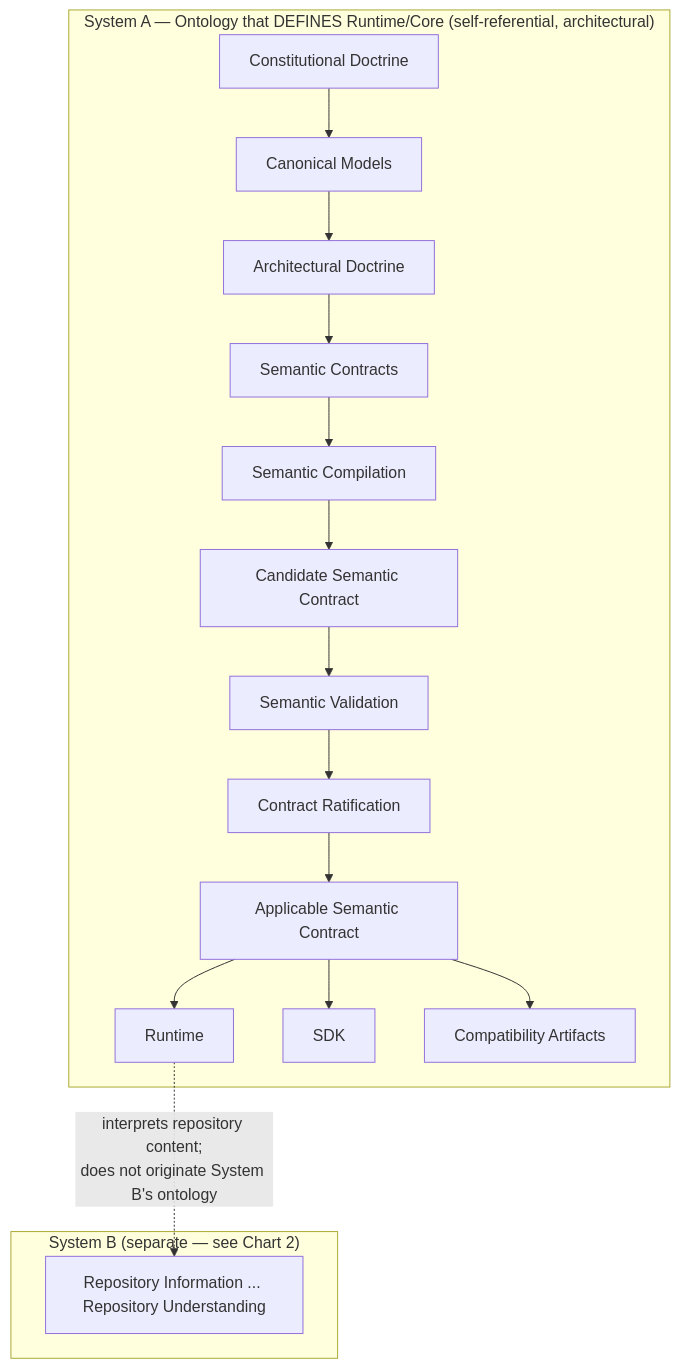
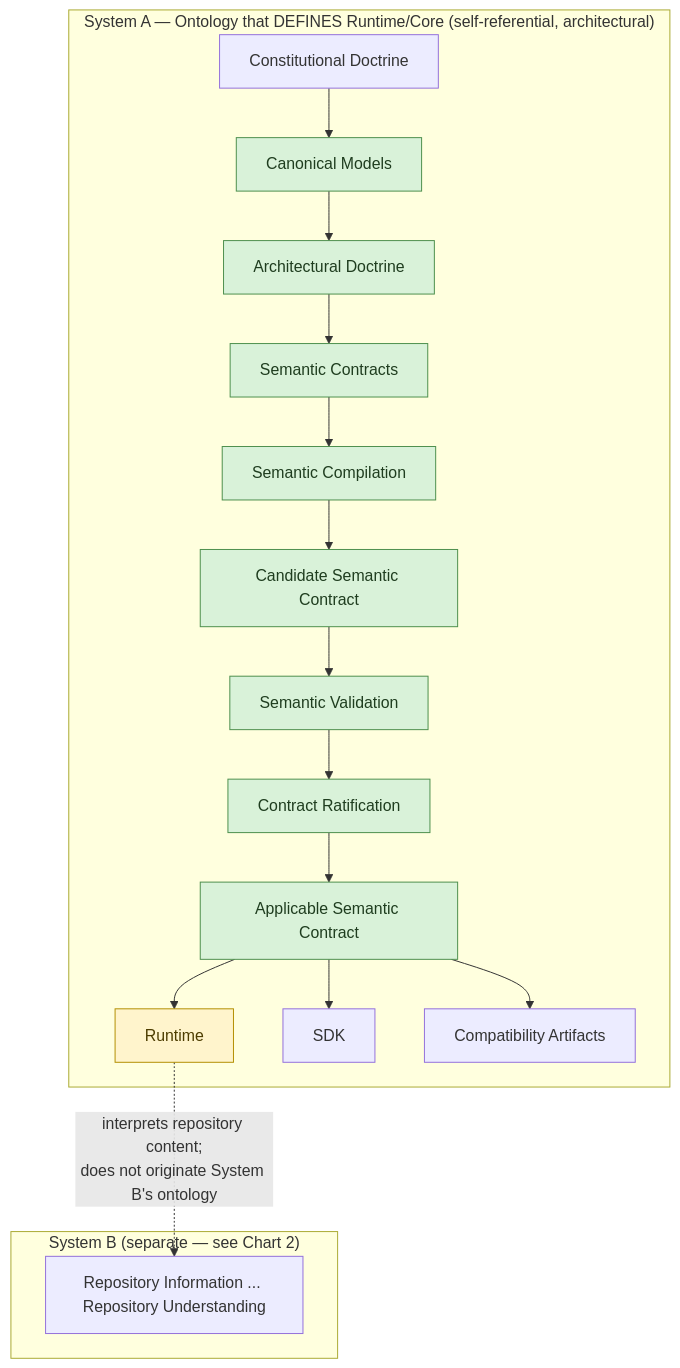
The diagram in docs/mark2/runtime-definition.mmd (Lanker63/guvna-sdk), drawn with Mermaid before and after one commit. The commit also changed 1 other file, not shown here.

```diff
--- a/docs/mark2/runtime-definition.mmd
+++ b/docs/mark2/runtime-definition.mmd
@@ -1,20 +1,26 @@
 flowchart TD
+    classDef realized fill:#d9f2d9,stroke:#4d8f4d,color:#1f3d1f
+    classDef partial fill:#fff4cc,stroke:#b38f00,color:#4d3d00
+
     subgraph SYS_A["System A — Ontology that DEFINES Runtime/Core (self-referential, architectural)"]
         CD["Constitutional Doctrine"] --> CM["Canonical Models"]
         CM --> AD["Architectural Doctrine"]
         AD --> SC["Semantic Contracts"]
         SC --> COMP["Semantic Compilation"]
         COMP --> CAND["Candidate Semantic Contract"]
         CAND --> VAL["Semantic Validation"]
         VAL --> RAT["Contract Ratification"]
         RAT --> APP["Applicable Semantic Contract"]
         APP --> RT["Runtime"]
         APP --> SDKX["SDK"]
         APP --> ART["Compatibility Artifacts"]
     end
 
+    class CM,AD,SC,COMP,CAND,VAL,RAT,APP realized
+    class RT partial
+
     subgraph SYS_B_REF["System B (separate — see Chart 2)"]
         RIref["Repository Information ... Repository Understanding"]
     end
 
     RT -. "interprets repository content;\ndoes not originate System B's ontology" .-> RIref
```
